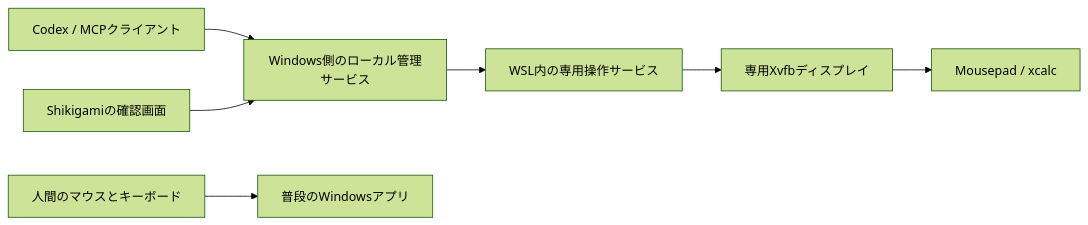
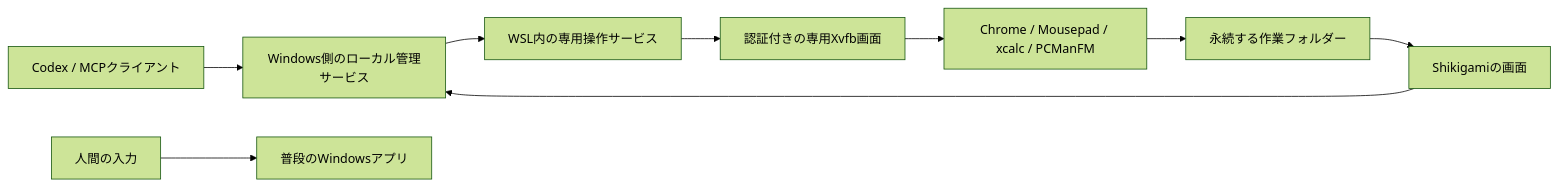
Before and after one commit to ukitako1030/Shikigami: the diagram in docs/DESKTOP_LAB.md, drawn with Mermaid (forest theme). The commit also changed other lines of this file and 17 other files, not shown here.

````diff
--- a/docs/DESKTOP_LAB.md
+++ b/docs/DESKTOP_LAB.md
@@ -21,9 +30,11 @@
 ```mermaid
 flowchart LR
   C[Codex / MCPクライアント] --> N[Windows側のローカル管理サービス]
-  U[Shikigamiの確認画面] --> N
+  U[Shikigamiの画面] --> N
   N --> P[WSL内の専用操作サービス]
-  P --> X[専用Xvfbディスプレイ]
-  X --> E[Mousepad / xcalc]
-  H[人間のマウスとキーボード] --> W[普段のWindowsアプリ]
+  P --> X[認証付きの専用Xvfb画面]
+  X --> A[Chrome / Mousepad / xcalc / PCManFM]
+  A --> F[永続する作業フォルダー]
+  F --> U
+  H[人間の入力] --> W[普段のWindowsアプリ]
 ```
````
